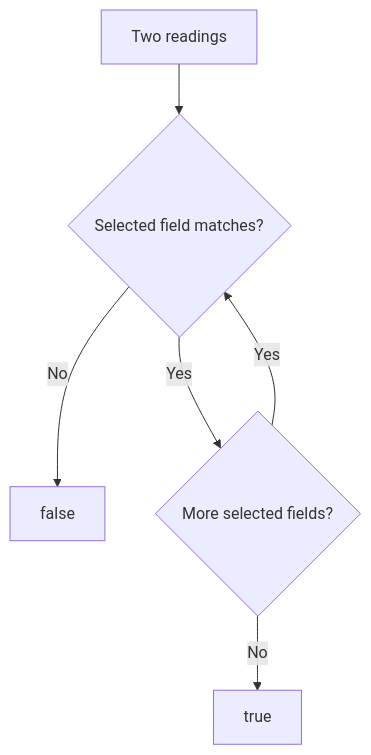
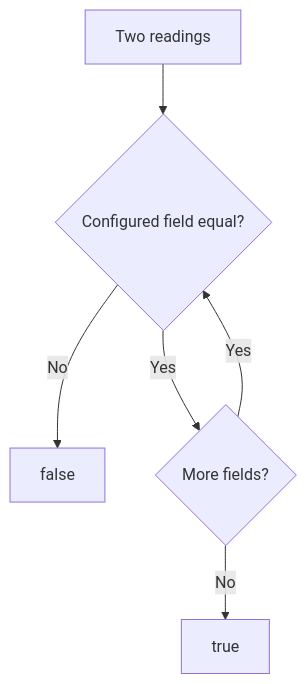
Before and after one commit to pplnd/core: the diagram in docs/src/content/docs/guides/equality.md, drawn with Mermaid. The commit also changed other lines of this file and 63 other files, not shown here.

````diff
--- a/docs/src/content/docs/guides/equality.md
+++ b/docs/src/content/docs/guides/equality.md
@@ -28,8 +44,8 @@
 ```mermaid
 flowchart TD
-  Pair["Two readings"] --> Check{"Selected field matches?"}
-  Check -->|No| Different["false"]
-  Check -->|Yes| More{"More selected fields?"}
-  More -->|Yes| Check
-  More -->|No| Equal["true"]
+  Pair["Two readings"] --> Field{"Configured field equal?"}
+  Field -->|No| Different["false"]
+  Field -->|Yes| More{"More fields?"}
+  More -->|Yes| Field
+  More -->|No| Same["true"]
 ```
````
